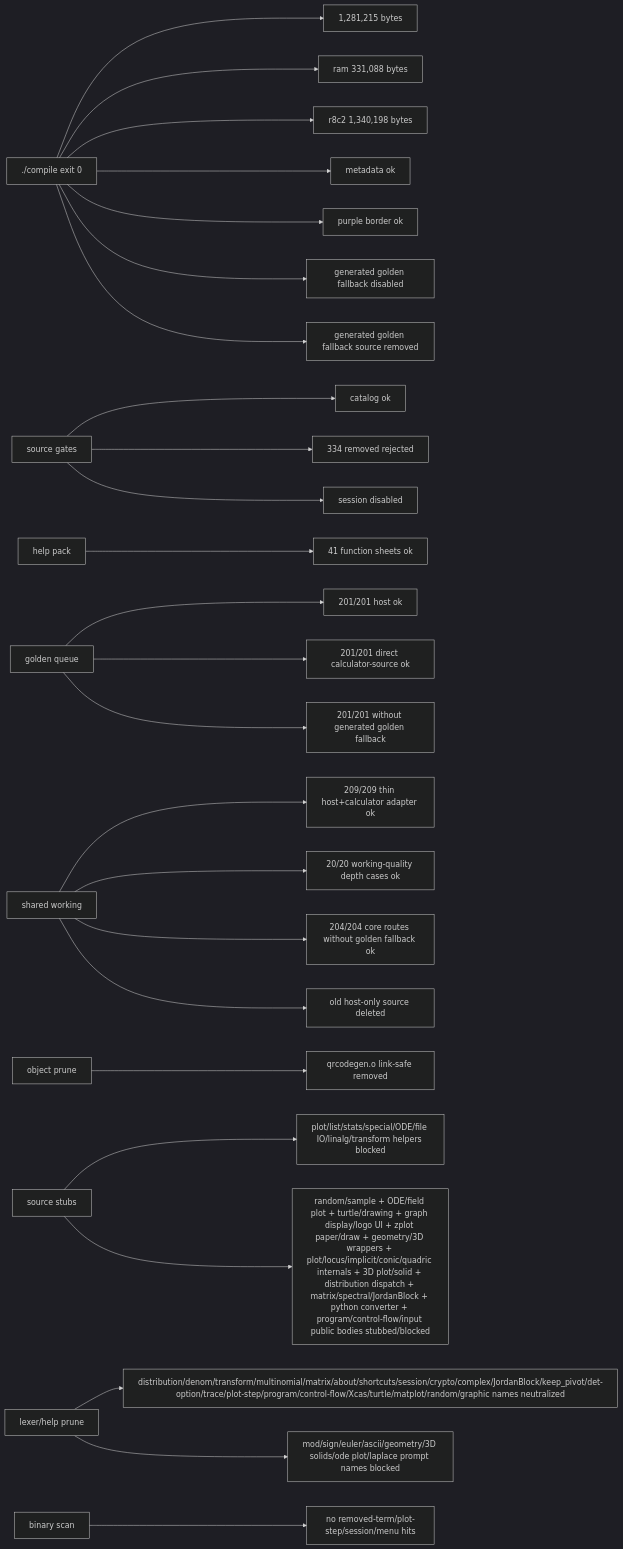
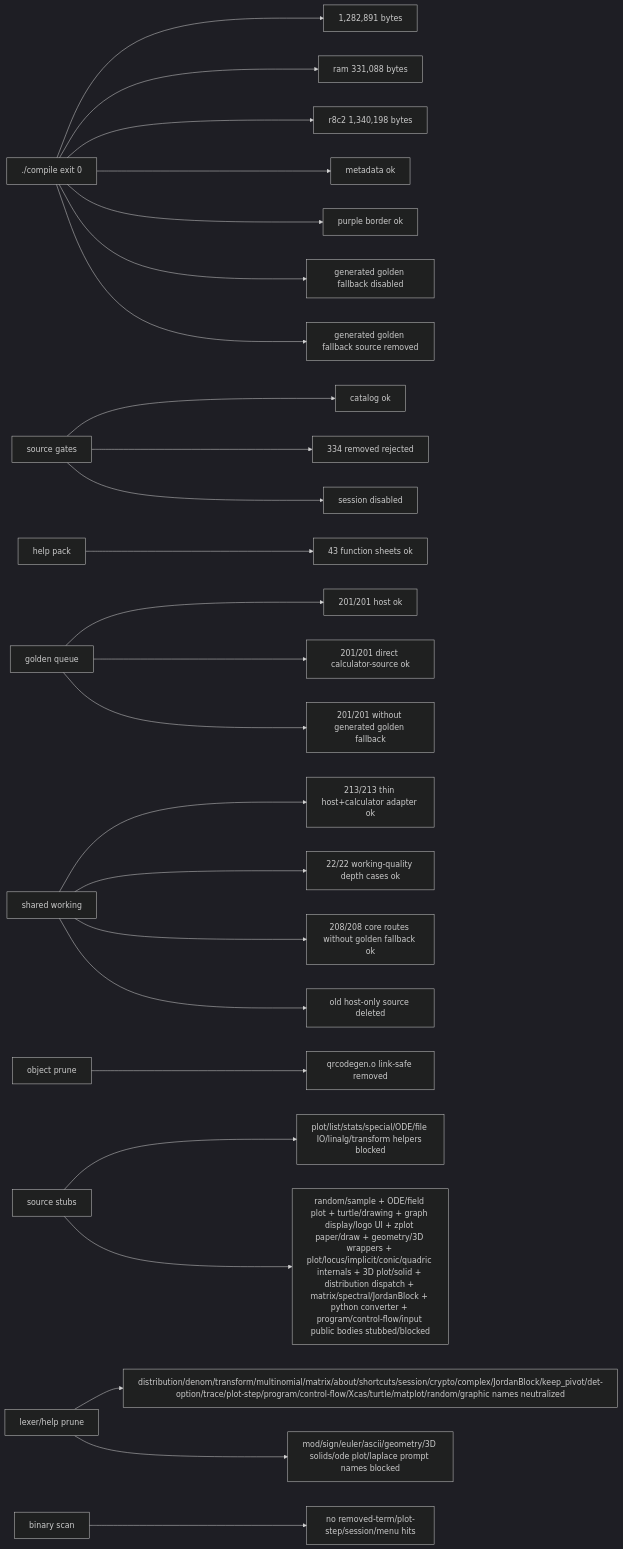
Before and after one commit to james8464/notes-addin-casio-fx-cg50: the seventh of 7 diagrams in docs/GRAPH.md, drawn with Mermaid (dark theme). The commit also changed other lines of this file and 7 other files, not shown here.

Commit message:
feat: add force and moment working routes

````diff
--- a/docs/GRAPH.md
+++ b/docs/GRAPH.md
@@ -190,27 +191,27 @@
 ```mermaid
 graph LR
-  Build["./compile exit 0"] --> Size["1,281,215 bytes"]
+  Build["./compile exit 0"] --> Size["1,282,891 bytes"]
   Build --> Ram["ram 331,088 bytes"]
   Build --> R8C2["r8c2 1,340,198 bytes"]
   Build --> Meta["metadata ok"]
   Build --> Border["purple border ok"]
   Build --> NoRuntimeFallback["generated golden fallback disabled"]
   Build --> NoRuntimeSource["generated golden fallback source removed"]
   Source["source gates"] --> Catalog["catalog ok"]
   Source --> Removed["334 removed rejected"]
   Source --> Session["session disabled"]
-  Help["help pack"] --> HelpQ["41 function sheets ok"]
+  Help["help pack"] --> HelpQ["43 function sheets ok"]
   Queue["golden queue"] --> QueueRun["201/201 host ok"]
   Queue --> GoldenRun["201/201 direct calculator-source ok"]
   Queue --> NoGolden["201/201 without generated golden fallback"]
-  Shared["shared working"] --> SharedRun["209/209 thin host+calculator adapter ok"]
-  Shared --> WorkQ["20/20 working-quality depth cases ok"]
-  Shared --> CoreRun["204/204 core routes without golden fallback ok"]
+  Shared["shared working"] --> SharedRun["213/213 thin host+calculator adapter ok"]
+  Shared --> WorkQ["22/22 working-quality depth cases ok"]
+  Shared --> CoreRun["208/208 core routes without golden fallback ok"]
   Shared --> NoHostSrc["old host-only source deleted"]
   Obj["object prune"] --> QR["qrcodegen.o link-safe removed"]
   Macro["source stubs"] --> Stubbed["plot/list/stats/special/ODE/file IO/linalg/transform helpers blocked"]
   Macro --> RuntimeStubbed["random/sample + ODE/field plot + turtle/drawing + graph display/logo UI + zplot paper/draw + geometry/3D wrappers + plot/locus/implicit/conic/quadric internals + 3D plot/solid + distribution dispatch + matrix/spectral/JordanBlock + python converter + program/control-flow/input public bodies stubbed/blocked"]
   Static["lexer/help prune"] --> StaticRun["distribution/denom/transform/multinomial/matrix/about/shortcuts/session/crypto/complex/JordanBlock/keep_pivot/det-option/trace/plot-step/program/control-flow/Xcas/turtle/matplot/random/graphic names neutralized"]
   Static --> PromptRun["mod/sign/euler/ascii/geometry/3D solids/ode plot/laplace prompt names blocked"]
   Bin["binary scan"] --> NoLeak["no removed-term/plot-step/session/menu hits"]
 ```
````
